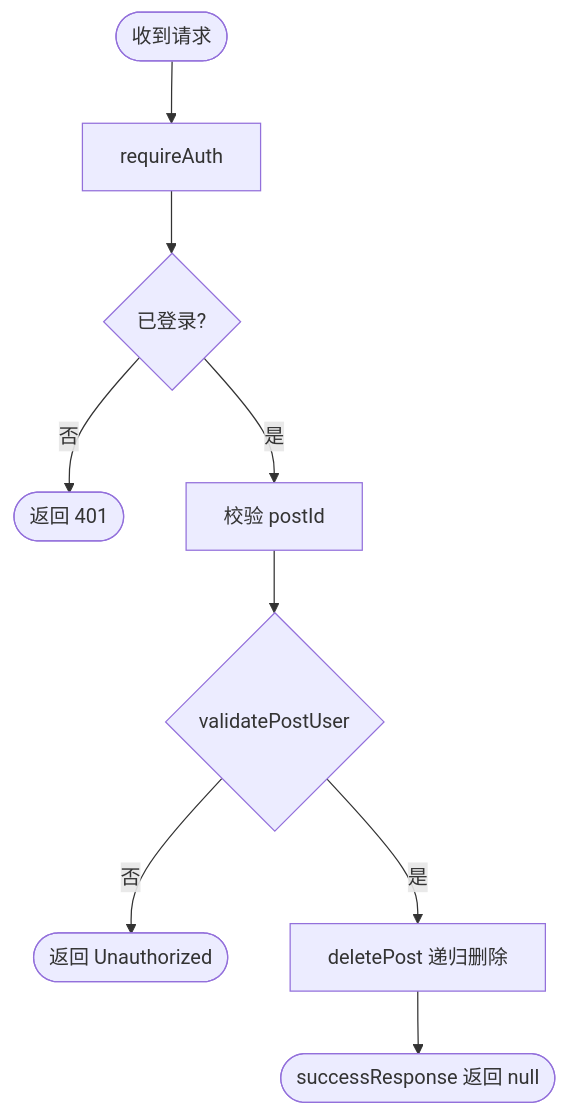
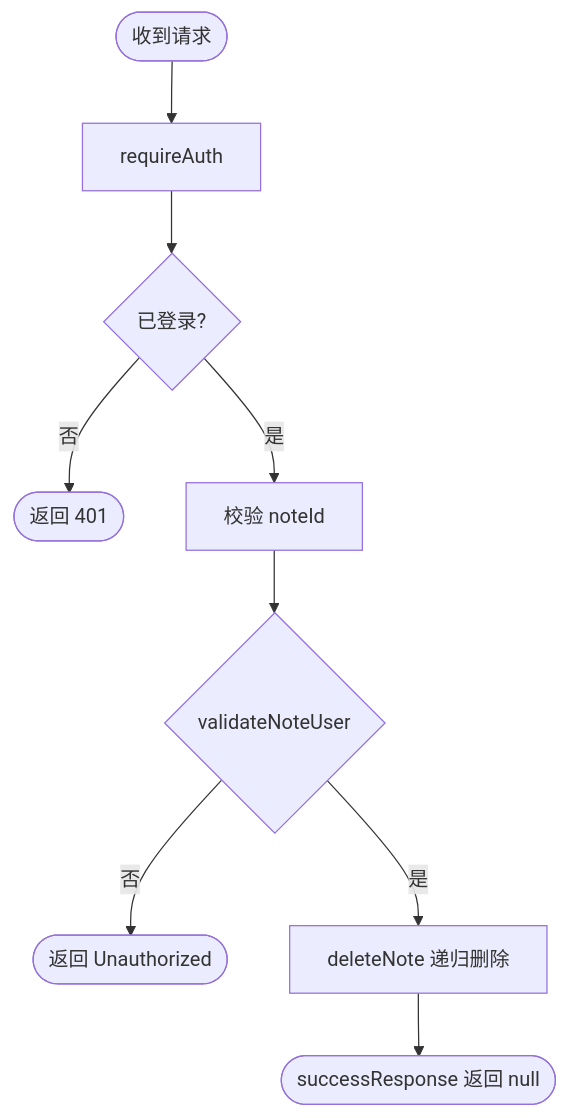
One commit to dawNotPoi/Nubbi changed the seventh of 13 diagrams in docs/auth-api-catalog.md. Above: the diagram before and after it, drawn with Mermaid. The commit also changed other lines of this file and 61 other files, not shown here.

````diff
--- a/docs/auth-api-catalog.md
+++ b/docs/auth-api-catalog.md
@@ -431,11 +431,11 @@
 ```mermaid
 flowchart TD
   A([收到请求]) --> B[requireAuth]
   B --> C{已登录?}
   C -- 否 --> Z([返回 401])
-  C -- 是 --> D[校验 postId]
-  D --> E{validatePostUser}
+  C -- 是 --> D[校验 noteId]
+  D --> E{validateNoteUser}
   E -- 否 --> Y([返回 Unauthorized])
-  E -- 是 --> F[deletePost 递归删除]
+  E -- 是 --> F[deleteNote 递归删除]
   F --> G([successResponse 返回 null])
 ```
````
